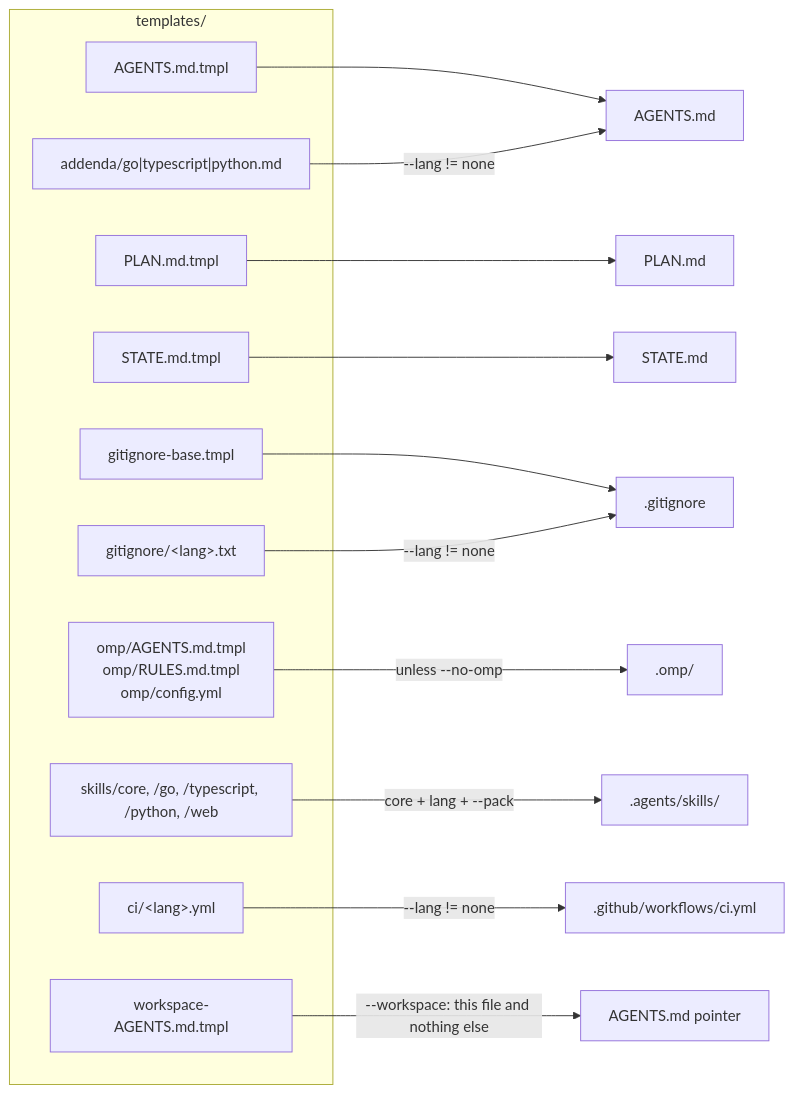
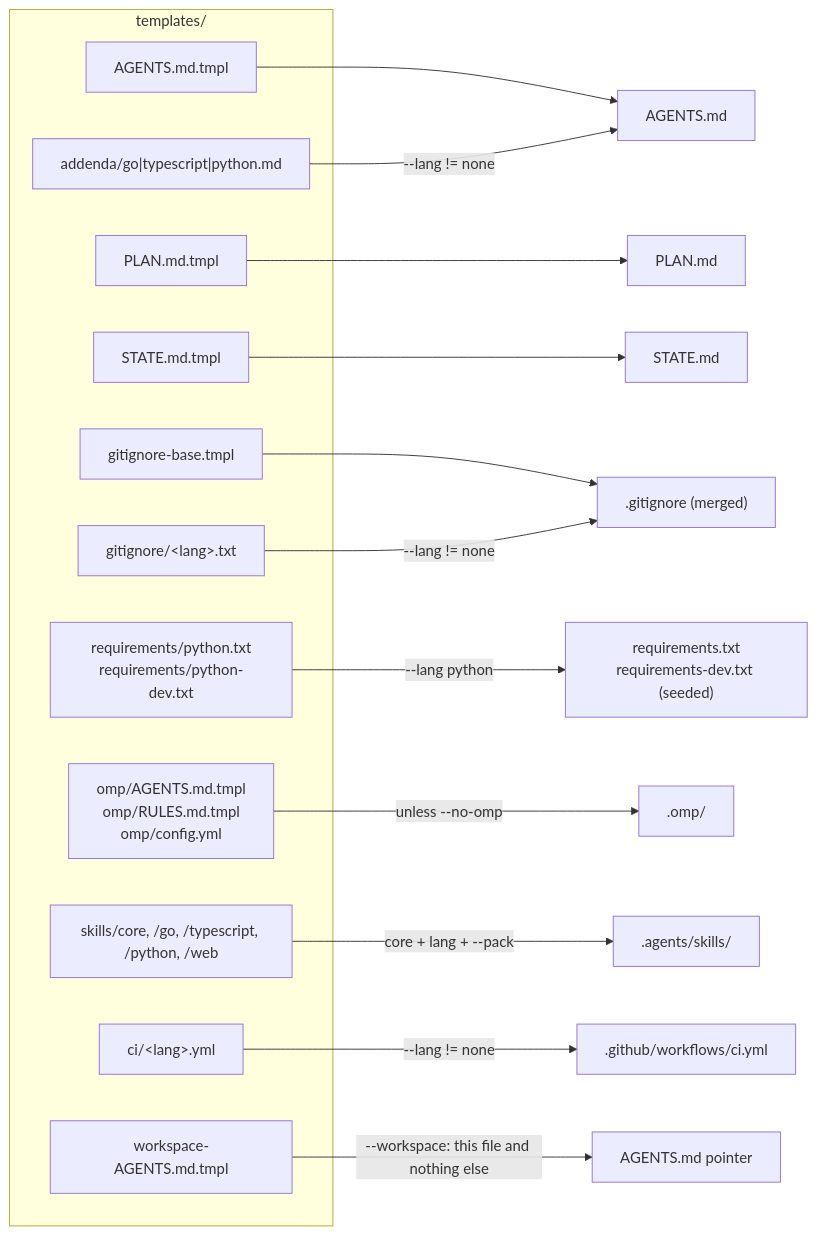
Before and after one commit to dash-sarthak/agent-bootstrap: the second of 4 diagrams in README.md, drawn with Mermaid. The commit also changed other lines of this file and 23 other files, not shown here.

````diff
--- a/README.md
+++ b/README.md
@@ -40,26 +50,28 @@
 ```mermaid
 flowchart LR
     subgraph src["templates/"]
         t_agents["AGENTS.md.tmpl"]
         t_add["addenda/go|typescript|python.md"]
         t_plan["PLAN.md.tmpl"]
         t_state["STATE.md.tmpl"]
         t_gi["gitignore-base.tmpl"]
         t_gil["gitignore/&lt;lang&gt;.txt"]
+        t_req["requirements/python.txt<br/>requirements/python-dev.txt"]
         t_omp["omp/AGENTS.md.tmpl<br/>omp/RULES.md.tmpl<br/>omp/config.yml"]
         t_skills["skills/core, /go, /typescript, /python, /web"]
         t_ci["ci/&lt;lang&gt;.yml"]
         t_ws["workspace-AGENTS.md.tmpl"]
     end
 
     t_agents --> o_agents["AGENTS.md"]
     t_add -->|"--lang != none"| o_agents
     t_plan --> o_plan["PLAN.md"]
     t_state --> o_state["STATE.md"]
-    t_gi --> o_gi[".gitignore"]
+    t_gi --> o_gi[".gitignore (merged)"]
     t_gil -->|"--lang != none"| o_gi
+    t_req -->|"--lang python"| o_req["requirements.txt<br/>requirements-dev.txt (seeded)"]
     t_omp -->|"unless --no-omp"| o_omp[".omp/"]
     t_skills -->|"core + lang + --pack"| o_skills[".agents/skills/"]
     t_ci -->|"--lang != none"| o_ci[".github/workflows/ci.yml"]
     t_ws -->|"--workspace: this file and nothing else"| o_ws["AGENTS.md pointer"]
 ```
````
